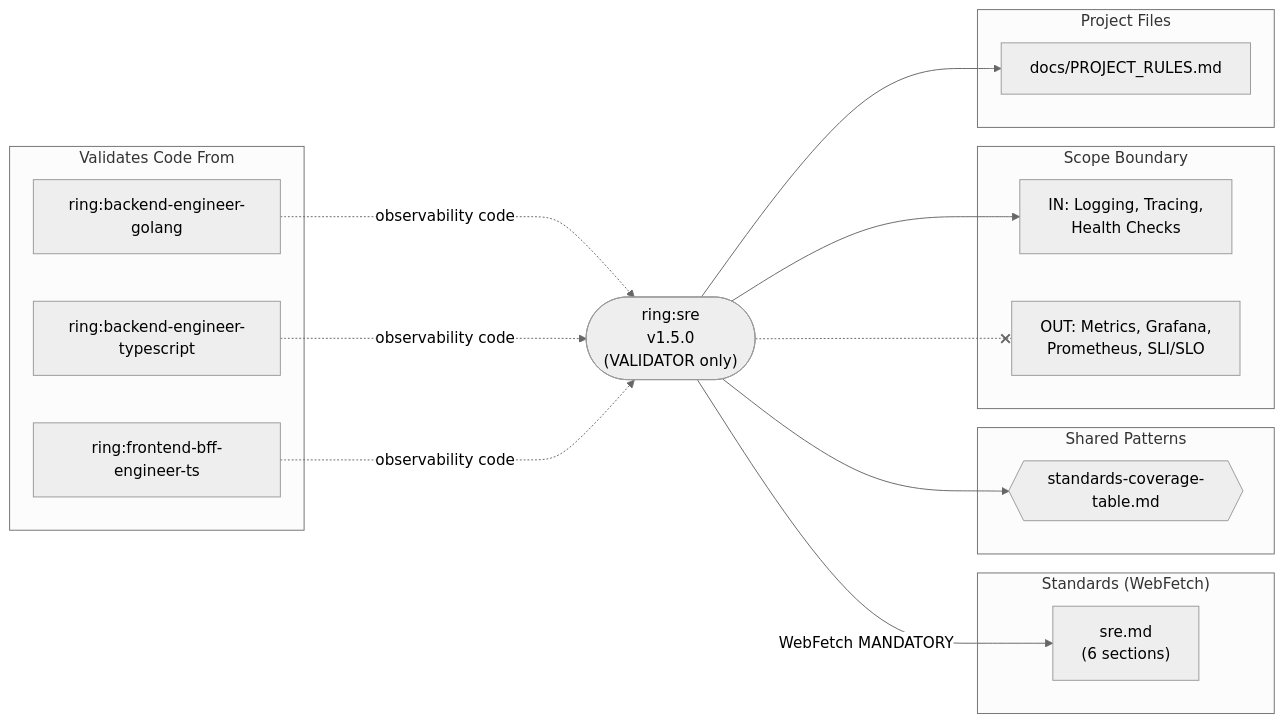
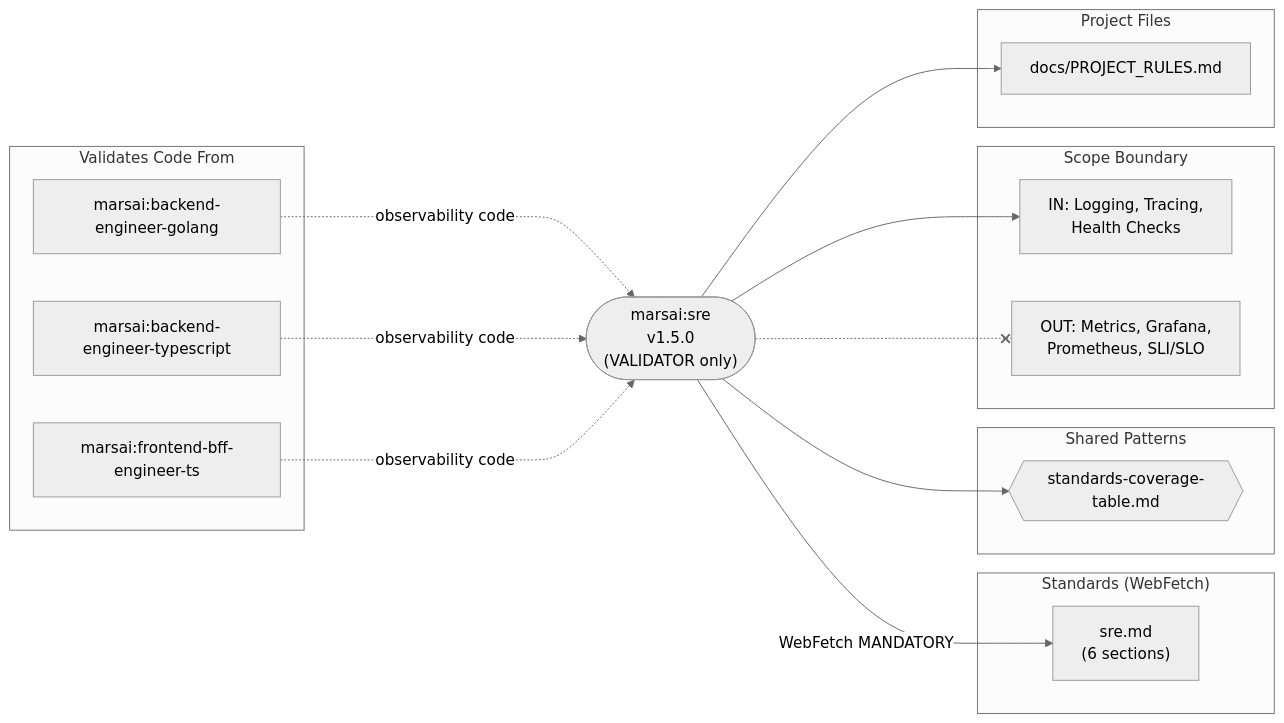
The ninth of 21 diagrams in dev-team/docs/dependency-diagrams.md (rodrigodh/ring), drawn with Mermaid (neutral theme) before and after one commit. The commit also changed other lines of this file and 203 other files, not shown here.

````diff
--- a/dev-team/docs/dependency-diagrams.md
+++ b/dev-team/docs/dependency-diagrams.md
@@ -439,36 +439,36 @@
 ```mermaid
 flowchart LR
-    agent(["ring:sre<br/>v1.5.0<br/>(VALIDATOR only)"])
+    agent(["marsai:sre<br/>v1.5.0<br/>(VALIDATOR only)"])
 
     subgraph Standards["Standards (WebFetch)"]
         sre["sre.md<br/>(6 sections)"]
     end
 
     subgraph SharedPatterns["Shared Patterns"]
         sct{{"standards-coverage-table.md"}}
     end
 
     subgraph Validates["Validates Code From"]
-        goEng["ring:backend-engineer-golang"]
-        tsEng["ring:backend-engineer-typescript"]
-        bffEng["ring:frontend-bff-engineer-ts"]
+        goEng["marsai:backend-engineer-golang"]
+        tsEng["marsai:backend-engineer-typescript"]
+        bffEng["marsai:frontend-bff-engineer-ts"]
     end
 
     subgraph Scope["Scope Boundary"]
         inScope["IN: Logging, Tracing,<br/>Health Checks"]
         outScope["OUT: Metrics, Grafana,<br/>Prometheus, SLI/SLO"]
     end
 
     subgraph ProjectFiles["Project Files"]
         pr["docs/PROJECT_RULES.md"]
     end
 
     agent -->|"WebFetch MANDATORY"| sre
     agent --> sct
     agent --> pr
     goEng ...->|"observability code"| agent
     tsEng ...->|"observability code"| agent
     bffEng ...->|"observability code"| agent
     agent --> inScope
     agent -.-x outScope
 ```
````
